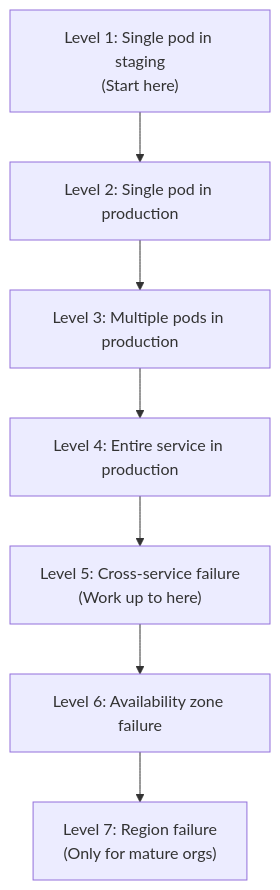
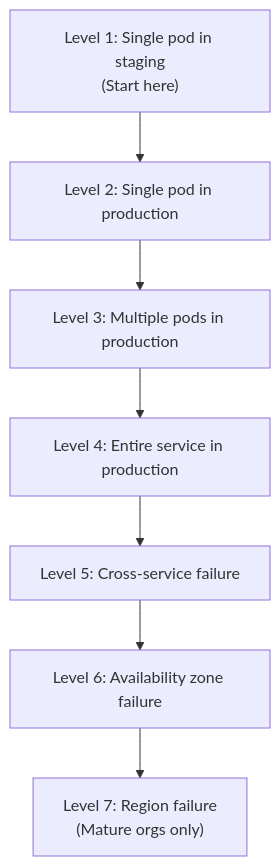
The third of 5 diagrams in src/content/docs/platform/disciplines/reliability-security/chaos-engineering/module-1.1-chaos-principles.md (kube-dojo/kube-dojo), drawn with Mermaid before and after one commit. The commit also changed other lines of this file, not shown here.

````diff
--- a/src/content/docs/platform/disciplines/reliability-security/chaos-engineering/module-1.1-chaos-principles.md
+++ b/src/content/docs/platform/disciplines/reliability-security/chaos-engineering/module-1.1-chaos-principles.md
@@ -234,9 +172,9 @@
 ```mermaid
 flowchart TD
     L1["Level 1: Single pod in staging<br/>(Start here)"] --> L2["Level 2: Single pod in production"]
     L2 --> L3["Level 3: Multiple pods in production"]
     L3 --> L4["Level 4: Entire service in production"]
-    L4 --> L5["Level 5: Cross-service failure<br/>(Work up to here)"]
+    L4 --> L5["Level 5: Cross-service failure"]
     L5 --> L6["Level 6: Availability zone failure"]
-    L6 --> L7["Level 7: Region failure<br/>(Only for mature orgs)"]
+    L6 --> L7["Level 7: Region failure<br/>(Mature orgs only)"]
 ```
````
